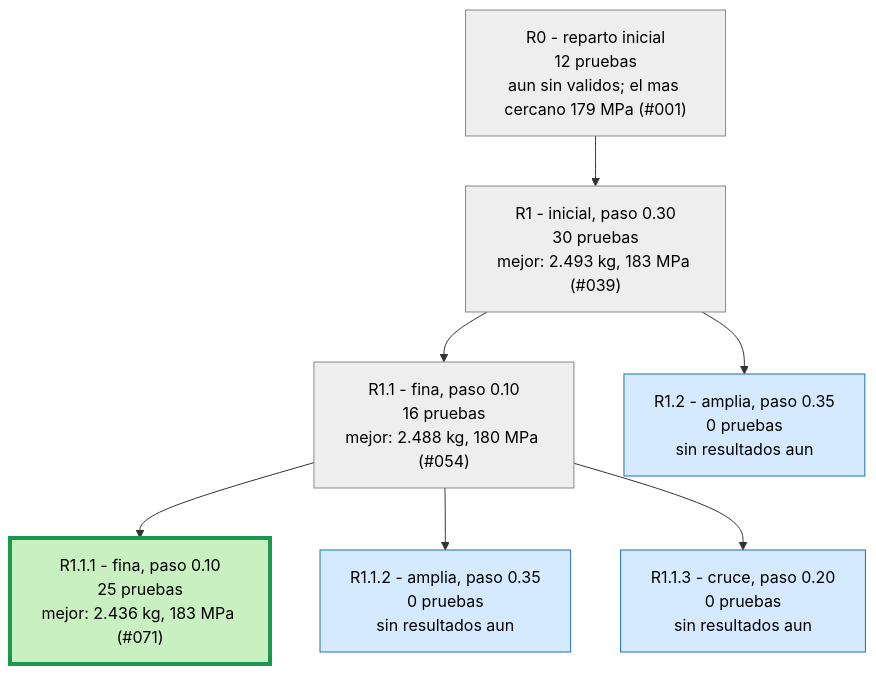
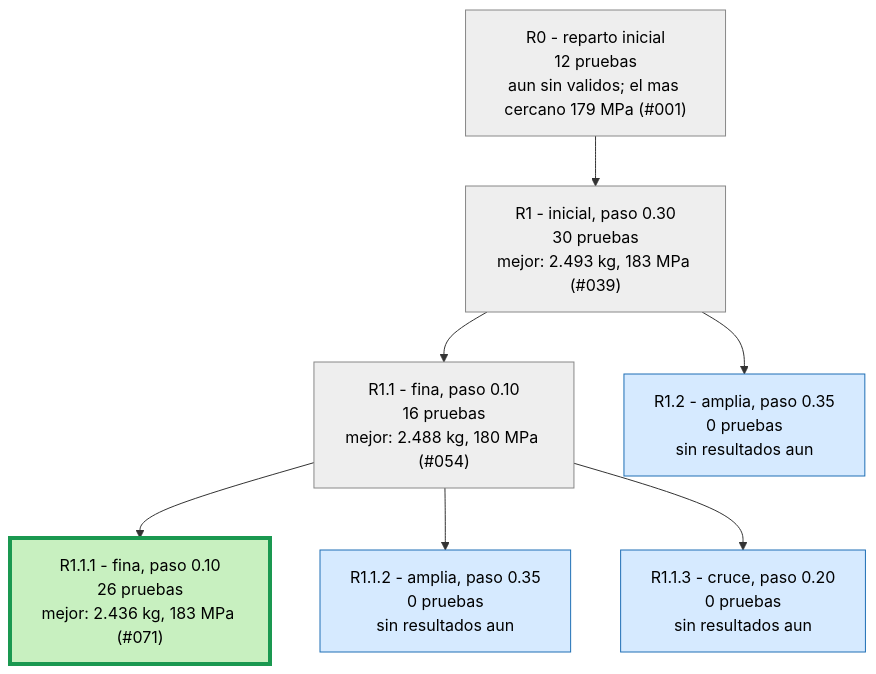
One commit to Hugiko/msd-soporte-optimizacion changed the second of 3 diagrams in runs/opt_37800N/ARBOL.md. Above: the diagram before and after it, drawn with Mermaid. The commit also changed 19 other files, not shown here.

````diff
--- a/runs/opt_37800N/ARBOL.md
+++ b/runs/opt_37800N/ARBOL.md
@@ -25,19 +25,19 @@
 ```mermaid
 graph TD
 classDef activa fill:#d6eaff,stroke:#1f6fb5,color:#000
 classDef fin fill:#eeeeee,stroke:#888,color:#000
 classDef mejor fill:#c8f0c0,stroke:#1a9850,stroke-width:4px,color:#000
 R0["R0 - reparto inicial<br/>12 pruebas<br/>aun sin validos; el mas cercano 179 MPa (#001)"]:::fin
 R1["R1 - inicial, paso 0.30<br/>30 pruebas<br/>mejor: 2.493 kg, 183 MPa (#039)"]:::fin
 R0 --> R1
 R1_1["R1.1 - fina, paso 0.10<br/>16 pruebas<br/>mejor: 2.488 kg, 180 MPa (#054)"]:::fin
 R1 --> R1_1
 R1_2["R1.2 - amplia, paso 0.35<br/>0 pruebas<br/>sin resultados aun"]:::activa
 R1 --> R1_2
-R1_1_1["R1.1.1 - fina, paso 0.10<br/>25 pruebas<br/>mejor: 2.436 kg, 183 MPa (#071)"]:::mejor
+R1_1_1["R1.1.1 - fina, paso 0.10<br/>26 pruebas<br/>mejor: 2.436 kg, 183 MPa (#071)"]:::mejor
 R1_1 --> R1_1_1
 R1_1_2["R1.1.2 - amplia, paso 0.35<br/>0 pruebas<br/>sin resultados aun"]:::activa
 R1_1 --> R1_1_2
 R1_1_3["R1.1.3 - cruce, paso 0.20<br/>0 pruebas<br/>sin resultados aun"]:::activa
 R1_1 --> R1_1_3
 ```
````
